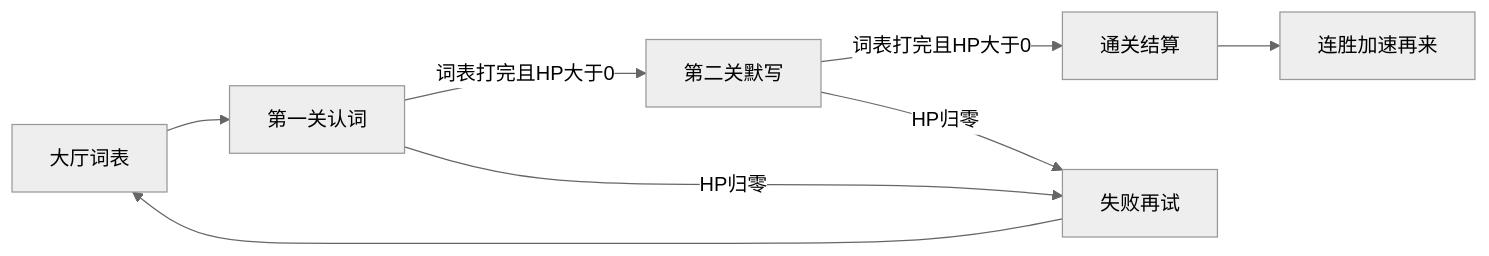
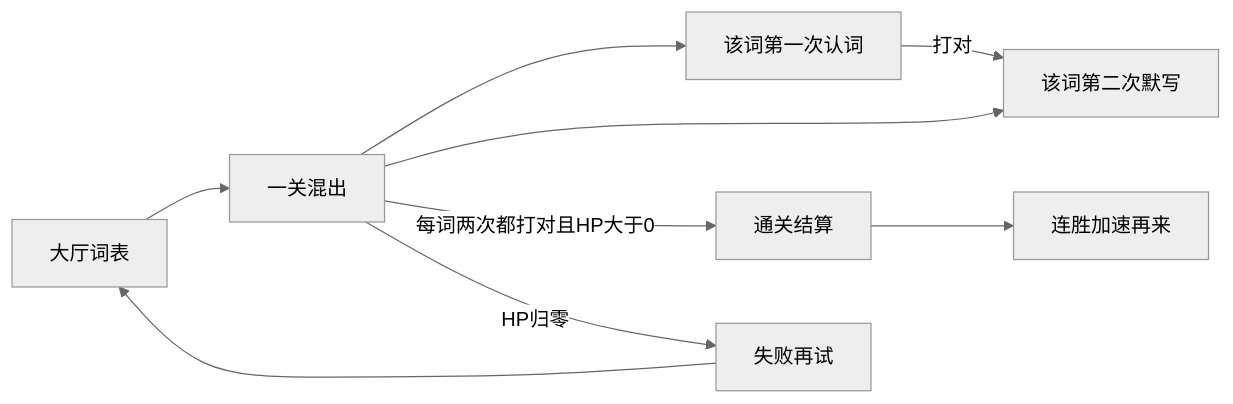
Before and after one commit to oasis-cloud/oasis-cloud.github.io: the diagram in word-zombie/prd.md, drawn with Mermaid (neutral theme). The commit also changed other lines of this file and 245 other files, not shown here.

````diff
--- a/word-zombie/prd.md
+++ b/word-zombie/prd.md
@@ -23,10 +25,11 @@
 ```mermaid
 flowchart LR
-  lobby[大厅词表] --> l1[第一关认词]
-  l1 -->|词表打完且HP大于0| l2[第二关默写]
-  l1 -->|HP归零| lose[失败再试]
-  l2 -->|词表打完且HP大于0| win[通关结算]
-  l2 -->|HP归零| lose
+  lobby[大厅词表] --> play[一关混出]
+  play --> first[该词第一次认词]
+  play --> second[该词第二次默写]
+  first -->|打对| second
+  play -->|每词两次都打对且HP大于0| win[通关结算]
+  play -->|HP归零| lose[失败再试]
   win --> streak[连胜加速再来]
   lose --> lobby
 ```
````
